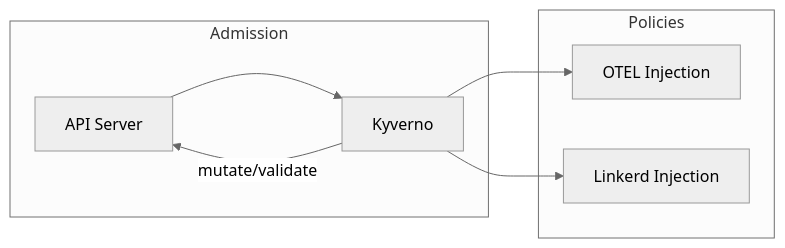
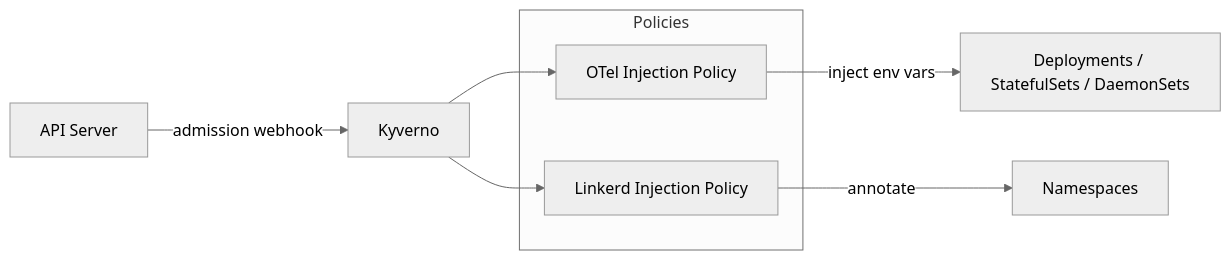
The diagram in charts/kyverno/README.md (jomcgi/homelab), drawn with Mermaid (neutral theme) before and after one commit. The commit also changed other lines of this file and 18 other files, not shown here.

First line of the commit message:
chore: fix remaining Dependabot alerts, add chart READMEs, observability RFC

````diff
--- a/charts/kyverno/README.md
+++ b/charts/kyverno/README.md
@@ -7,15 +9,14 @@
 ```mermaid
 flowchart LR
-    subgraph Admission
-        API[API Server] --> KYV[Kyverno]
-        KYV -->|mutate/validate| API
-    end
+    API[API Server] -->|admission webhook| KYV[Kyverno]
 
     subgraph Policies
-        OTEL[OTEL Injection]
-        LINK[Linkerd Injection]
+        OTEL[OTel Injection Policy]
+        LINK[Linkerd Injection Policy]
     end
 
     KYV --> OTEL
     KYV --> LINK
+    OTEL -->|inject env vars| Workloads[Deployments / StatefulSets / DaemonSets]
+    LINK -->|annotate| NS[Namespaces]
 ```
````
